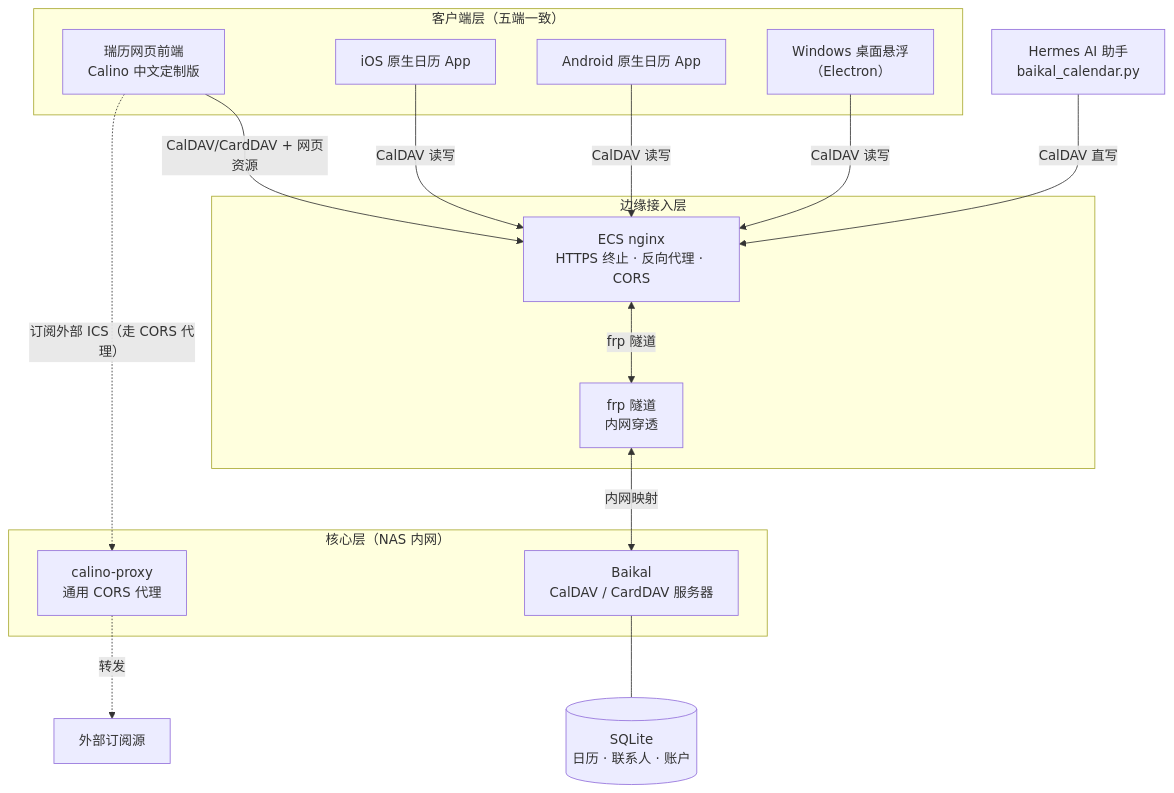
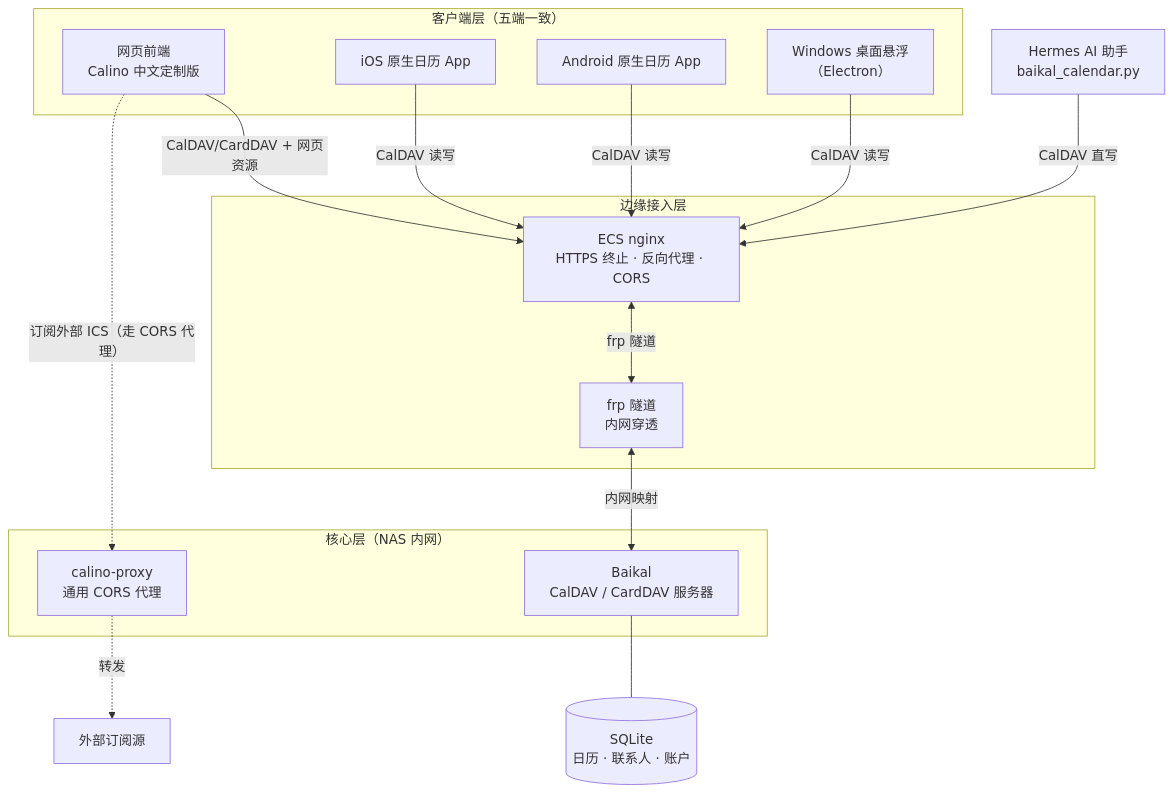
Before and after one commit to vector9584/rui-calendar: the second of 4 diagrams in README.md, drawn with Mermaid. The commit also changed other lines of this file and 4 other files, not shown here.

````diff
--- a/README.md
+++ b/README.md
@@ -133,33 +133,33 @@
 ```mermaid
 flowchart TB
     subgraph Clients["客户端层（五端一致）"]
-        Web["瑞历网页前端<br/>Calino 中文定制版"]
+        Web["网页前端<br/>Calino 中文定制版"]
         iOS["iOS 原生日历 App"]
         Android["Android 原生日历 App"]
         Desktop["Windows 桌面悬浮<br/>（Electron）"]
     end
 
     subgraph Edge["边缘接入层"]
         Nginx["ECS nginx<br/>HTTPS 终止 · 反向代理 · CORS"]
         Frp["frp 隧道<br/>内网穿透"]
     end
 
     subgraph Core["核心层（NAS 内网）"]
         Baikal["Baikal<br/>CalDAV / CardDAV 服务器"]
         Proxy["calino-proxy<br/>通用 CORS 代理"]
     end
 
     Storage[("SQLite<br/>日历 · 联系人 · 账户")]
     Hermes["Hermes AI 助手<br/>baikal_calendar.py"]
 
     Web -->|"CalDAV/CardDAV + 网页资源"| Nginx
     iOS -->|"CalDAV 读写"| Nginx
     Android -->|"CalDAV 读写"| Nginx
     Desktop -->|"CalDAV 读写"| Nginx
     Nginx <-->|"frp 隧道"| Frp
     Frp <-->|"内网映射"| Baikal
     Baikal --- Storage
     Web -.->|"订阅外部 ICS（走 CORS 代理）"| Proxy
     Proxy -.->|"转发"| External["外部订阅源"]
     Hermes -->|"CalDAV 直写"| Nginx
 ```
````
